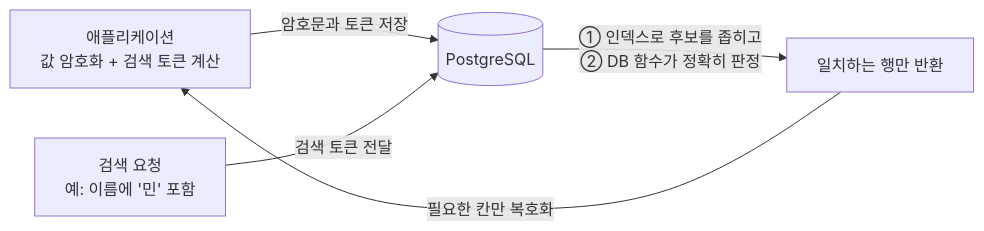
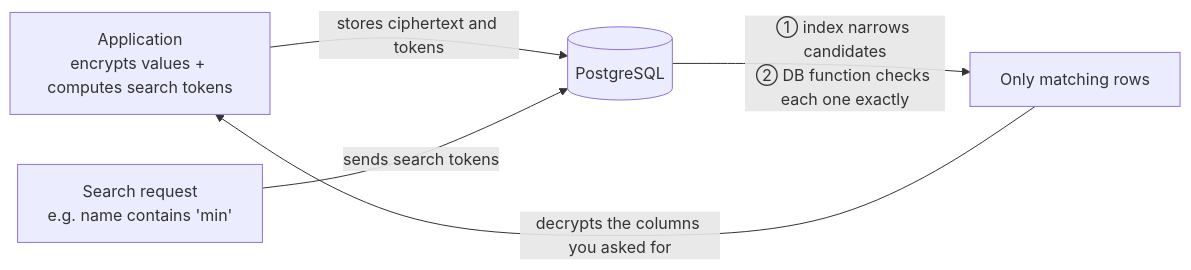
Before and after one commit to jmp-develop/sealql: the first of 2 diagrams in README.md, drawn with Mermaid. The commit also changed other lines of this file and 2 other files, not shown here.

````diff
--- a/README.md
+++ b/README.md
@@ -51,7 +53,7 @@
 ```mermaid
 flowchart LR
-    A["애플리케이션<br/>값 암호화 + 검색 토큰 계산"] -->|암호문과 토큰 저장| B[("PostgreSQL")]
-    Q["검색 요청<br/>예: 이름에 '민' 포함"] -->|검색 토큰 전달| B
-    B -->|"① 인덱스로 후보를 좁히고<br/>② DB 함수가 정확히 판정"| R["일치하는 행만 반환"]
-    R -->|필요한 칸만 복호화| A
+    A["Application<br/>encrypts values + computes search tokens"] -->|stores ciphertext and tokens| B[("PostgreSQL")]
+    Q["Search request<br/>e.g. name contains 'min'"] -->|sends search tokens| B
+    B -->|"① index narrows candidates<br/>② DB function checks each one exactly"| R["Only matching rows"]
+    R -->|decrypts the columns you asked for| A
 ```
````
